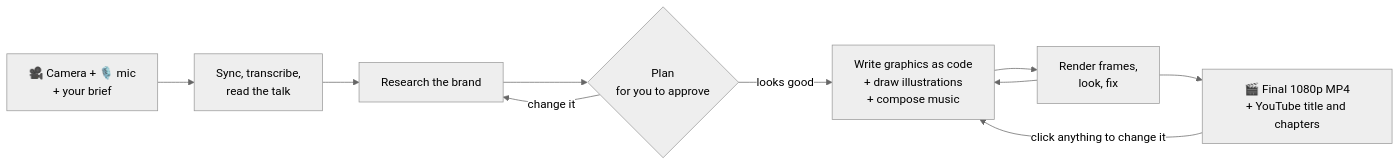
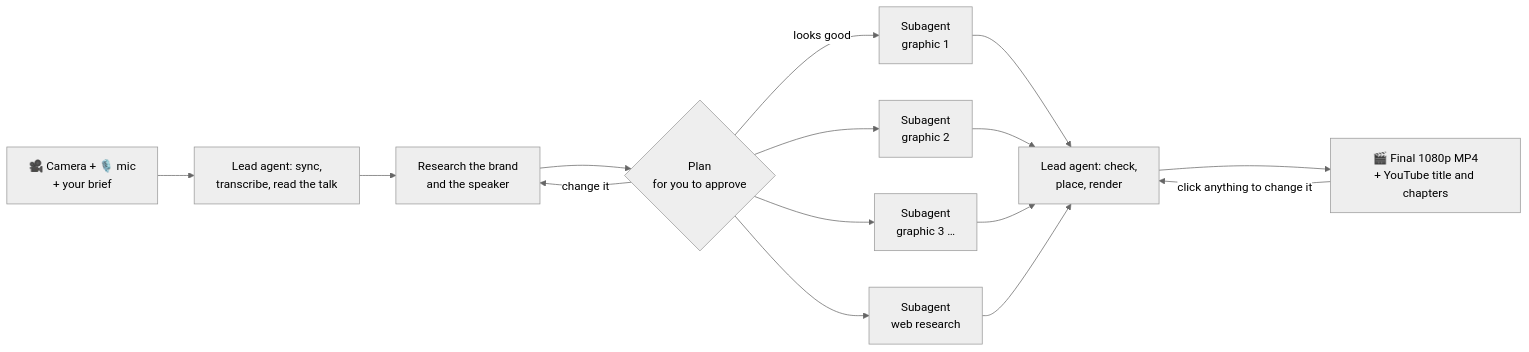
The diagram in README.md (ayushpatnaikgit/Cutmaster-Desktop), drawn with Mermaid (neutral theme) before and after one commit. The commit also changed other lines of this file and 19 other files, not shown here.

First line of the commit message:
1.1.0: subagents, web research, and a website

````diff
--- a/README.md
+++ b/README.md
@@ -189,12 +195,14 @@
 ```mermaid
 flowchart LR
-    A["🎥 Camera + 🎙️ mic<br>+ your brief"] --> B["Sync, transcribe,<br>read the talk"]
-    B --> C["Research the brand"]
+    A["🎥 Camera + 🎙️ mic<br>+ your brief"] --> B["Lead agent: sync,<br>transcribe, read the talk"]
+    B --> C["Research the brand<br>and the speaker"]
     C --> D{"Plan<br>for you to approve"}
     D -->|"change it"| C
-    D -->|"looks good"| E["Write graphics as code<br>+ draw illustrations<br>+ compose music"]
-    E --> F["Render frames,<br>look, fix"]
-    F --> E
+    D -->|"looks good"| E1["Subagent<br>graphic 1"]
+    D --> E2["Subagent<br>graphic 2"]
+    D --> E3["Subagent<br>graphic 3 …"]
+    D --> R["Subagent<br>web research"]
+    E1 & E2 & E3 & R --> F["Lead agent: check,<br>place, render"]
     F --> G["🎬 Final 1080p MP4<br>+ YouTube title and chapters"]
-    G -->|"click anything to change it"| E
+    G -->|"click anything to change it"| F
 ```
````
